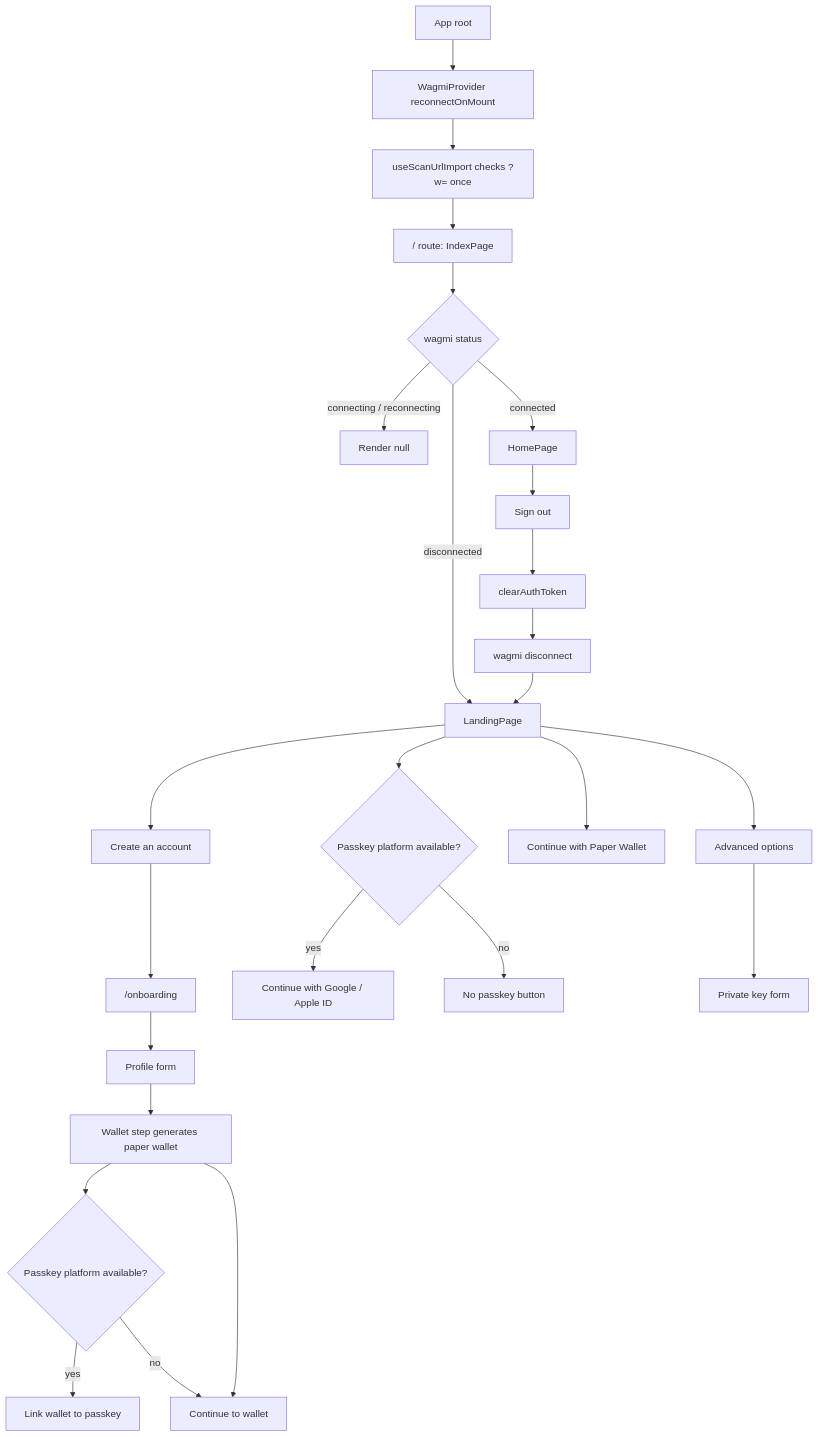
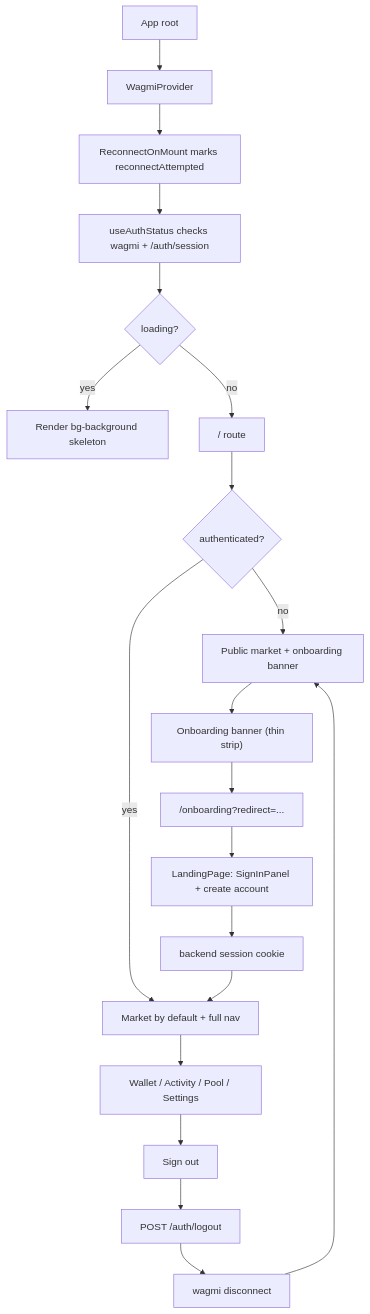
The diagram in docs/AUTH.md (cosmo-local-credit/clc-app), drawn with Mermaid before and after one commit. The commit also changed other lines of this file and 52 other files, not shown here.

First line of the commit message:
feat: revamp auth onboarding (#53)

````diff
--- a/docs/AUTH.md
+++ b/docs/AUTH.md
@@ -36,32 +63,25 @@
 ```mermaid
 flowchart TD
-  App["App root"] --> Web3["WagmiProvider reconnectOnMount"]
-  Web3 --> ScanUrl["useScanUrlImport checks ?w=<key> once"]
-  ScanUrl --> Index["/ route: IndexPage"]
+  App["App root"] --> Web3["WagmiProvider"]
+  Web3 --> Bootstrap["ReconnectOnMount marks reconnectAttempted"]
+  Bootstrap --> Auth["useAuthStatus checks wagmi + /auth/session"]
+  Auth --> Loading{"loading?"}
+  Loading -->|"yes"| Skeleton["Render bg-background skeleton"]
+  Loading -->|"no"| Index["/ route"]
 
-  Index --> AccountState{"wagmi status"}
-  AccountState -->|"connecting / reconnecting"| Blank["Render null"]
-  AccountState -->|"connected"| Home["HomePage"]
-  AccountState -->|"disconnected"| Landing["LandingPage"]
+  Index --> Guest{"authenticated?"}
+  Guest -->|"no"| MarketGuest["Public market + onboarding banner"]
+  Guest -->|"yes"| MarketAuth["Market by default + full nav"]
 
-  Landing --> Create["Create an account"]
-  Create --> Onboarding["/onboarding"]
-  Landing --> PasskeySignin{"Passkey platform available?"}
-  PasskeySignin -->|"yes"| Recover["Continue with Google / Apple ID"]
-  PasskeySignin -->|"no"| NoPasskeyButton["No passkey button"]
-  Landing --> Scan["Continue with Paper Wallet"]
-  Landing --> Advanced["Advanced options"]
-  Advanced --> ManualPk["Private key form"]
+  MarketGuest --> Strip["Onboarding banner (thin strip)"]
+  Strip --> Onboarding["/onboarding?redirect=..."]
+  Onboarding --> Panel["LandingPage: SignInPanel + create account"]
+  Panel --> Session["backend session cookie"]
+  Session --> MarketAuth
 
-  Onboarding --> Profile["Profile form"]
-  Profile --> Wallet["Wallet step generates paper wallet"]
-  Wallet --> LinkPasskey{"Passkey platform available?"}
-  LinkPasskey -->|"yes"| Upgrade["Link wallet to passkey"]
-  LinkPasskey -->|"no"| PaperOnly["Continue to wallet"]
-  Wallet --> PaperOnly
-
-  Home --> SignOut["Sign out"]
-  SignOut --> ClearToken["clearAuthToken"]
-  ClearToken --> Disconnect["wagmi disconnect"]
-  Disconnect --> Landing
+  MarketAuth --> PrivateTabs["Wallet / Activity / Pool / Settings"]
+  PrivateTabs --> SignOut["Sign out"]
+  SignOut --> Logout["POST /auth/logout"]
+  Logout --> Disconnect["wagmi disconnect"]
+  Disconnect --> MarketGuest
 ```
````
